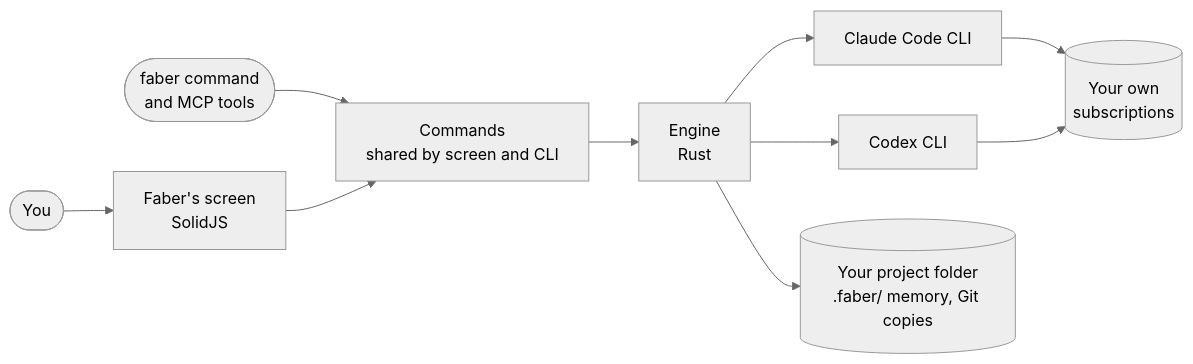
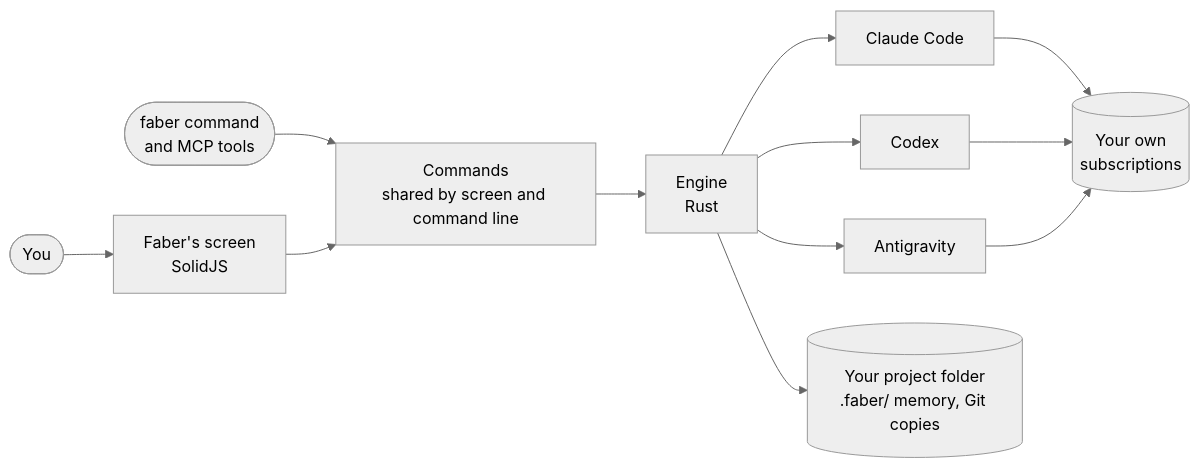
One commit to startRED/faber changed the diagram in README.md. Above: the diagram before and after it, drawn with Mermaid (neutral theme). The commit also changed other lines of this file and 15 other files, not shown here.

````diff
--- a/README.md
+++ b/README.md
@@ -152,12 +450,14 @@
 ```mermaid
 flowchart LR
   you([You]) --> ui["Faber's screen<br/>SolidJS"]
   cmd(["faber command<br/>and MCP tools"]) --> host
-  ui --> host["Commands<br/>shared by screen and CLI"]
+  ui --> host["Commands<br/>shared by screen and command line"]
   host --> engine["Engine<br/>Rust"]
-  engine --> claude["Claude Code CLI"]
-  engine --> codex["Codex CLI"]
+  engine --> claude["Claude Code"]
+  engine --> codex["Codex"]
+  engine --> agy["Antigravity"]
   claude --> subs[("Your own<br/>subscriptions")]
   codex --> subs
+  agy --> subs
   engine --> files[("Your project folder<br/>.faber/ memory, Git copies")]
 ```
````
